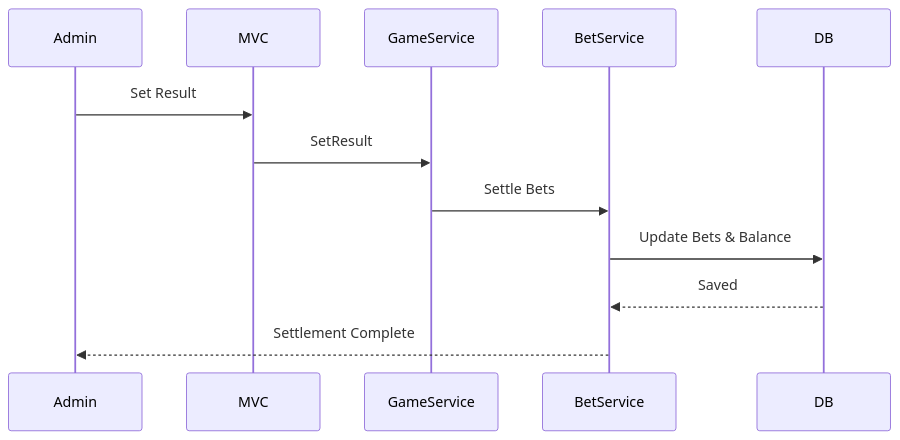
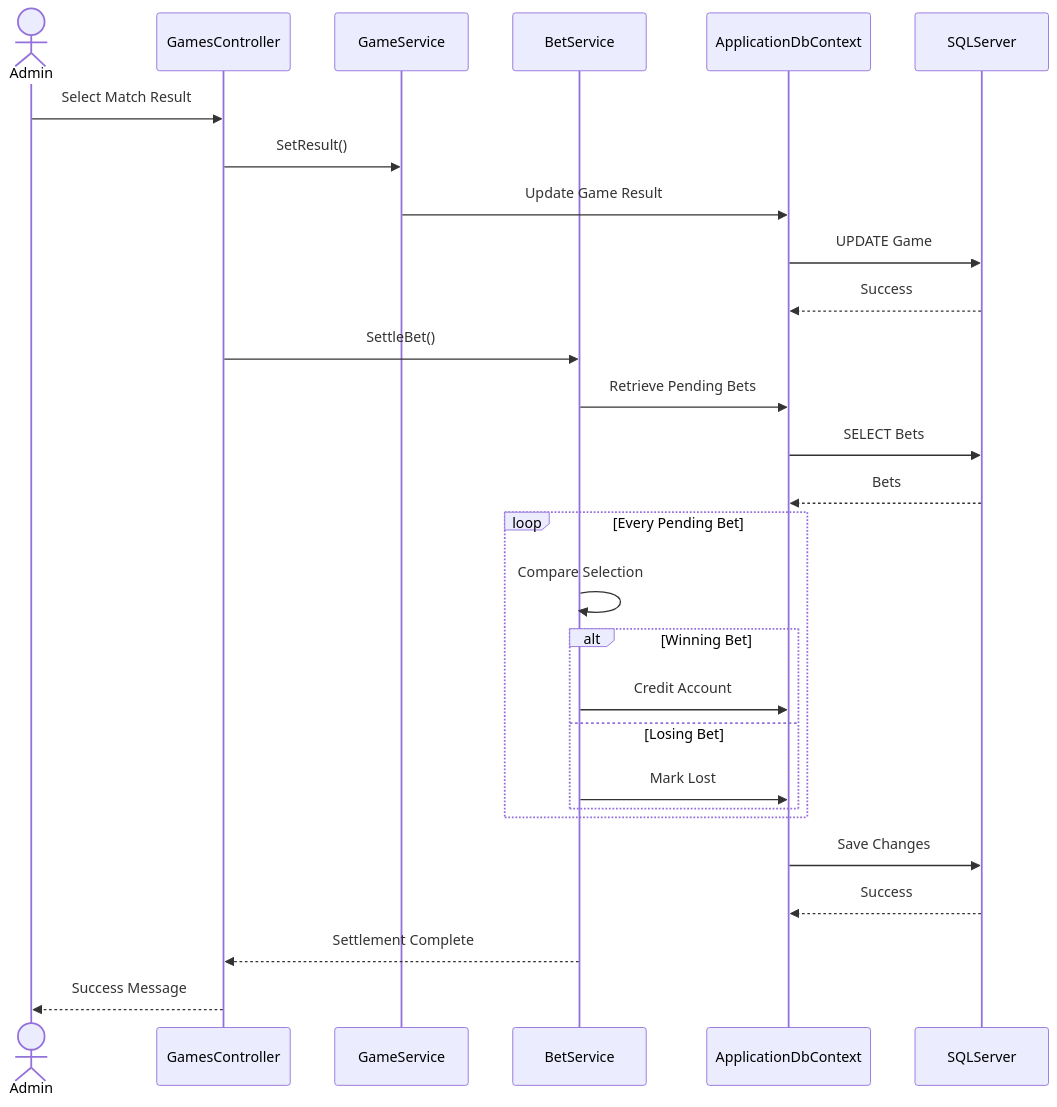
One commit to KL-Mdanjelwa/SpinaBets changed the sixth of 6 diagrams in SpinaBets_Full_Documentation.md. Above: the diagram before and after it, drawn with Mermaid. The commit also changed other lines of this file, not shown here.

````diff
--- a/SpinaBets_Full_Documentation.md
+++ b/SpinaBets_Full_Documentation.md
@@ -116,9 +361,57 @@
 ```mermaid
 sequenceDiagram
-Admin->>MVC:Set Result
-MVC->>GameService:SetResult
-GameService->>BetService:Settle Bets
-BetService->>DB:Update Bets & Balance
-DB-->>BetService:Saved
-BetService-->>Admin:Settlement Complete
+
+actor Admin
+
+participant GamesController
+
+participant GameService
+
+participant BetService
+
+participant ApplicationDbContext
+
+participant SQLServer
+
+Admin->>GamesController: Select Match Result
+
+GamesController->>GameService: SetResult()
+
+GameService->>ApplicationDbContext: Update Game Result
+
+ApplicationDbContext->>SQLServer: UPDATE Game
+
+SQLServer-->>ApplicationDbContext: Success
+
+GamesController->>BetService: SettleBet()
+
+BetService->>ApplicationDbContext: Retrieve Pending Bets
+
+ApplicationDbContext->>SQLServer: SELECT Bets
+
+SQLServer-->>ApplicationDbContext: Bets
+
+loop Every Pending Bet
+
+BetService->>BetService: Compare Selection
+
+alt Winning Bet
+
+BetService->>ApplicationDbContext: Credit Account
+
+else Losing Bet
+
+BetService->>ApplicationDbContext: Mark Lost
+
+end
+
+end
+
+ApplicationDbContext->>SQLServer: Save Changes
+
+SQLServer-->>ApplicationDbContext: Success
+
+BetService-->>GamesController: Settlement Complete
+
+GamesController-->>Admin: Success Message
 ```
````
